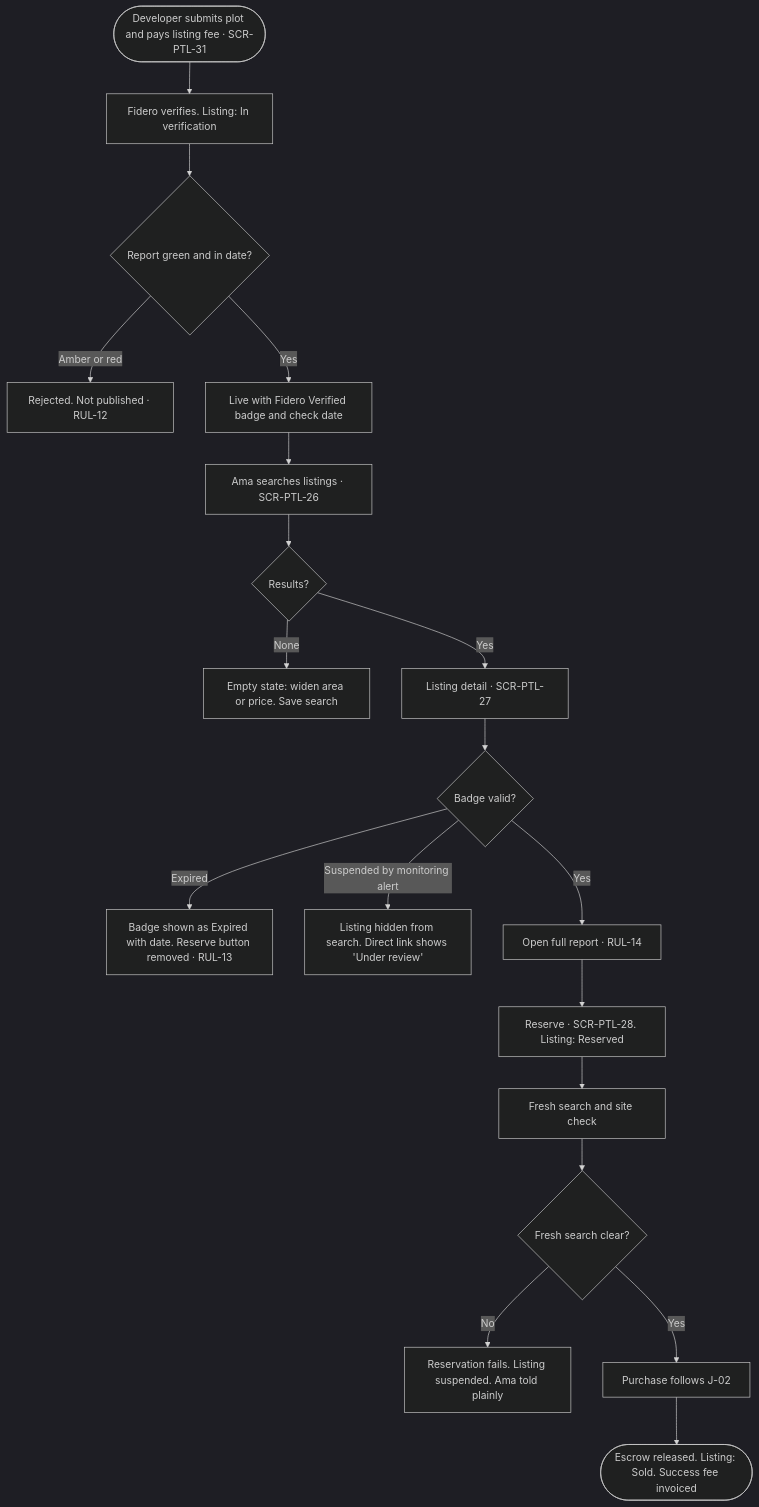
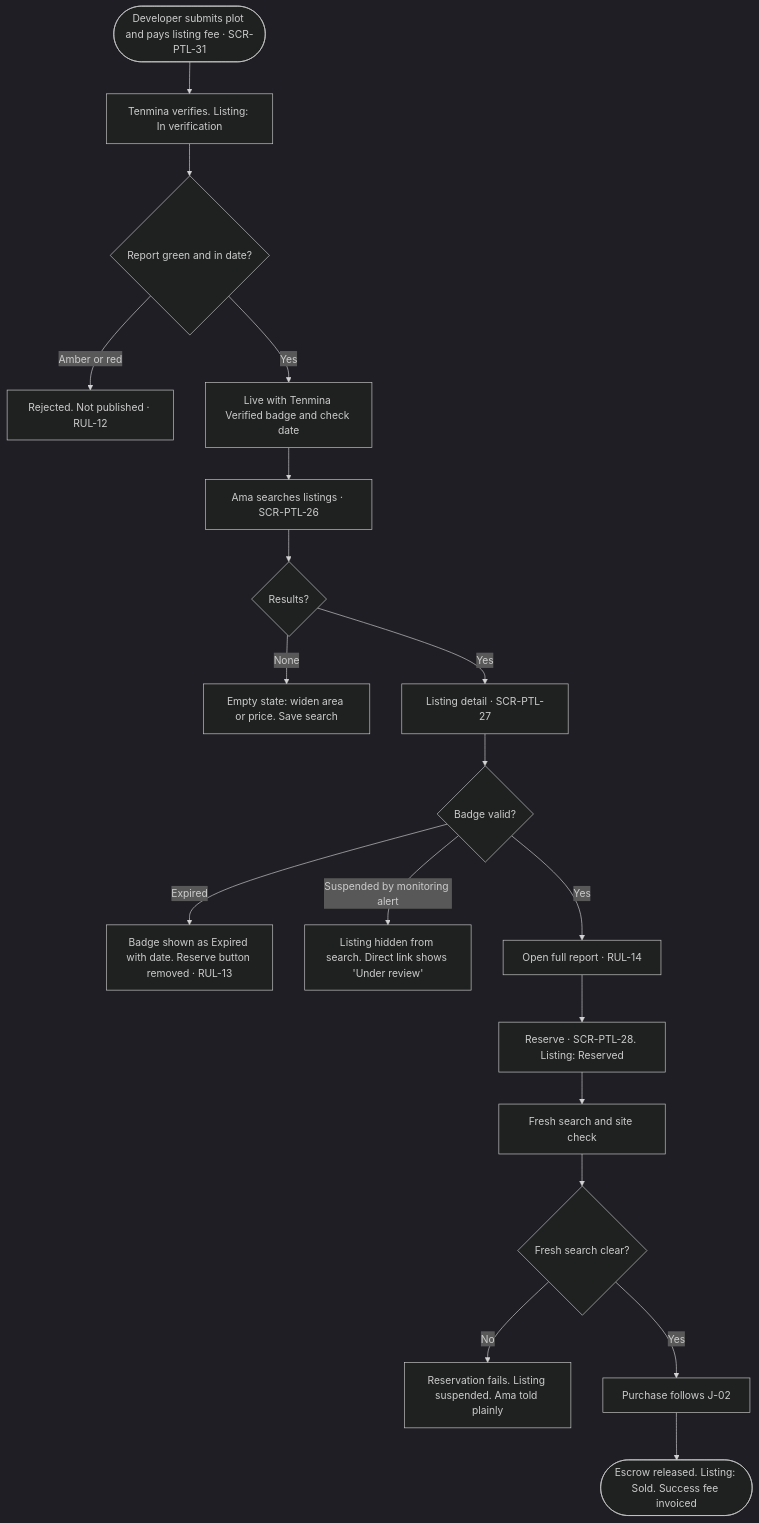
One commit to 1SteveMens/Fidero changed the fourth of 12 diagrams in docs/specs/03-ui-ux-design.md. Above: the diagram before and after it, drawn with Mermaid (dark theme). The commit also changed other lines of this file and 90 other files, not shown here.

First line of the commit message:
Rename Fidero to Tenmina

````diff
--- a/docs/specs/03-ui-ux-design.md
+++ b/docs/specs/03-ui-ux-design.md
@@ -611,21 +611,21 @@
 ```mermaid
 flowchart TD
-    D0(["Developer submits plot and pays listing fee · SCR-PTL-31"]) --> D1["Fidero verifies. Listing: In verification"]
+    D0(["Developer submits plot and pays listing fee · SCR-PTL-31"]) --> D1["Tenmina verifies. Listing: In verification"]
     D1 --> D1v{"Report green and in date?"}
     D1v -->|"Amber or red"| D1x["Rejected. Not published · RUL-12"]
-    D1v -->|"Yes"| D2["Live with Fidero Verified badge and check date"]
+    D1v -->|"Yes"| D2["Live with Tenmina Verified badge and check date"]
     D2 --> D3["Ama searches listings · SCR-PTL-26"]
     D3 --> D3e{"Results?"}
     D3e -->|"None"| D3n["Empty state: widen area or price. Save search"]
     D3e -->|"Yes"| D4["Listing detail · SCR-PTL-27"]
     D4 --> D4b{"Badge valid?"}
     D4b -->|"Expired"| D4x["Badge shown as Expired with date. Reserve button removed · RUL-13"]
     D4b -->|"Suspended by monitoring alert"| D4s["Listing hidden from search. Direct link shows 'Under review'"]
     D4b -->|"Yes"| D5["Open full report · RUL-14"]
     D5 --> D6["Reserve · SCR-PTL-28. Listing: Reserved"]
     D6 --> D7["Fresh search and site check"]
     D7 --> D7f{"Fresh search clear?"}
     D7f -->|"No"| D7x["Reservation fails. Listing suspended. Ama told plainly"]
     D7f -->|"Yes"| D8["Purchase follows J-02"]
     D8 --> D9(["Escrow released. Listing: Sold. Success fee invoiced"])
 ```
````
